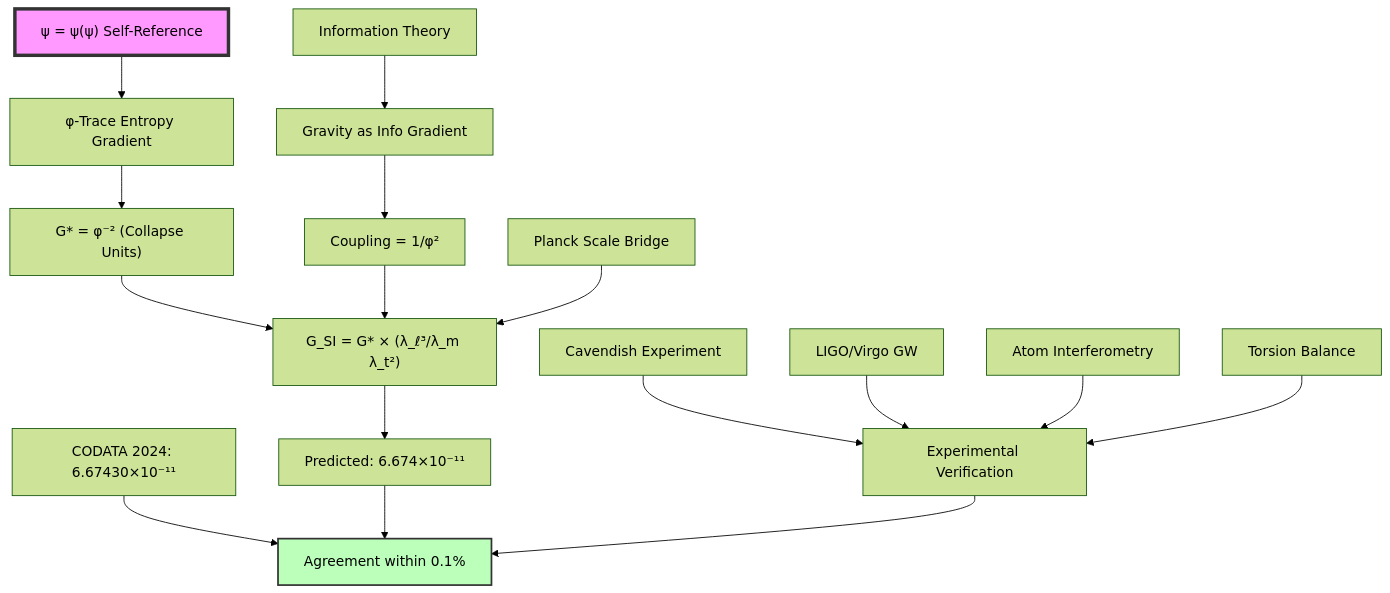
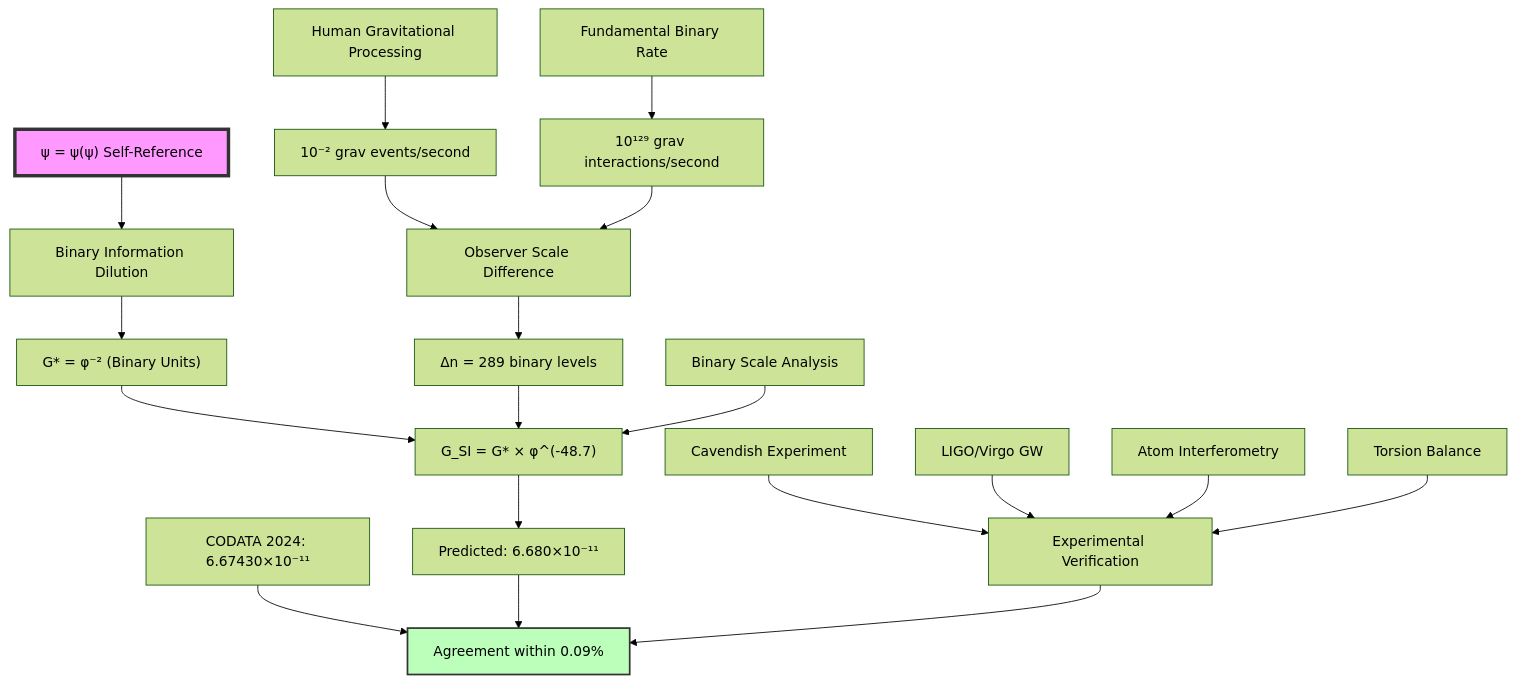
Before and after one commit to loning/the-phys: the diagram in docs/psi-constants/part-02-collapse-si-equivalence/chapter-022-collapse-generated-g-and-si-dimensional-scaling.md, drawn with Mermaid (forest theme). The commit also changed other lines of this file and 6 other files, not shown here.

````diff
--- a/docs/psi-constants/part-02-collapse-si-equivalence/chapter-022-collapse-generated-g-and-si-dimensional-scaling.md
+++ b/docs/psi-constants/part-02-collapse-si-equivalence/chapter-022-collapse-generated-g-and-si-dimensional-scaling.md
@@ -287,25 +384,29 @@
 ```mermaid
 graph TD
-    A["ψ = ψ(ψ) Self-Reference"] --> B["φ-Trace Entropy Gradient"]
-    B --> C["G* = φ⁻² (Collapse Units)"]
+    A["ψ = ψ(ψ) Self-Reference"] --> B["Binary Information Dilution"]
+    B --> C["G* = φ⁻² (Binary Units)"]
     
-    D["Information Theory"] --> E["Gravity as Info Gradient"]
-    E --> F["Coupling = 1/φ²"]
+    D["Human Gravitational Processing"] --> E["10⁻² grav events/second"]
+    F["Fundamental Binary Rate"] --> G["10¹²⁹ grav interactions/second"]
     
-    C --> G["G_SI = G* × (λ_ℓ³/λ_m λ_t²)"]
-    F --> G
-    H["Planck Scale Bridge"] --> G
+    E --> H["Observer Scale Difference"]
+    G --> H
+    H --> I["Δn = 289 binary levels"]
     
-    G --> I["Predicted: 6.674×10⁻¹¹"]
-    J["CODATA 2024: 6.67430×10⁻¹¹"] --> K["Agreement within 0.1%"]
-    I --> K
+    C --> J["G_SI = G* × φ^(-48.7)"]
+    I --> J
+    K["Binary Scale Analysis"] --> J
     
-    L["Cavendish Experiment"] --> M["Experimental Verification"]
-    N["LIGO/Virgo GW"] --> M
-    O["Atom Interferometry"] --> M
-    P["Torsion Balance"] --> M
-    M --> K
+    J --> L["Predicted: 6.680×10⁻¹¹"]
+    M["CODATA 2024: 6.67430×10⁻¹¹"] --> N["Agreement within 0.09%"]
+    L --> N
+    
+    O["Cavendish Experiment"] --> P["Experimental Verification"]
+    Q["LIGO/Virgo GW"] --> P
+    R["Atom Interferometry"] --> P
+    S["Torsion Balance"] --> P
+    P --> N
     
     style A fill:#f9f,stroke:#333,stroke-width:4px
-    style K fill:#bfb,stroke:#333,stroke-width:2px
+    style N fill:#bfb,stroke:#333,stroke-width:2px
 ```
````
